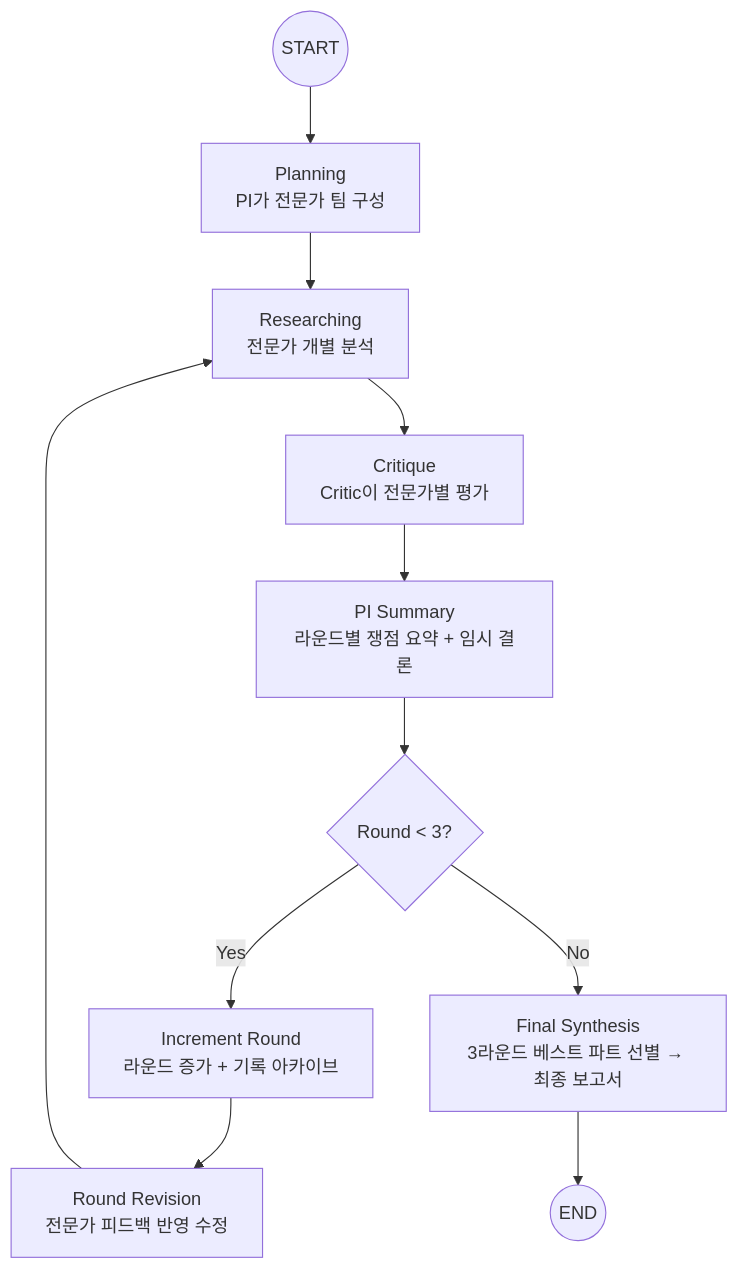
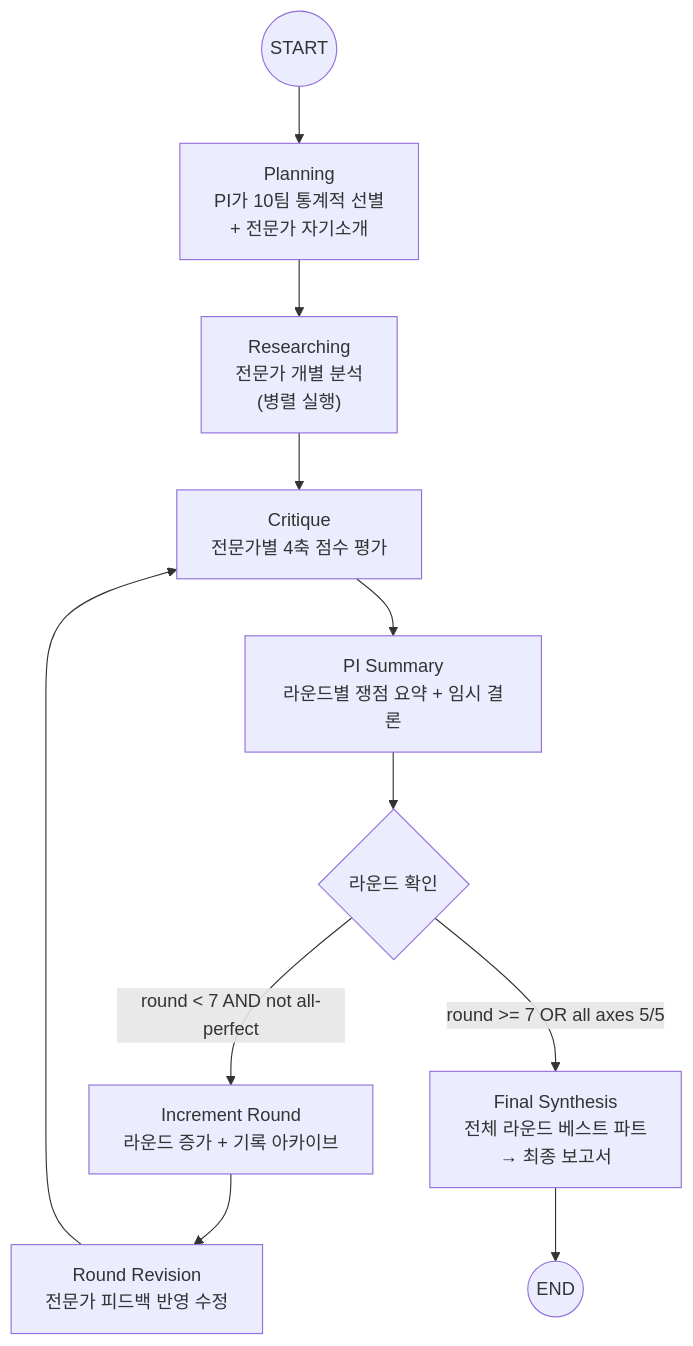
One commit to baesisi3648/pjt-virtual_lab changed the diagram in README.md. Above: the diagram before and after it, drawn with Mermaid. The commit also changed other lines of this file and 1 other file, not shown here.

````diff
--- a/README.md
+++ b/README.md
@@ -28,24 +30,24 @@
 ```mermaid
 graph TD
     START((START)) --> planning
 
-    planning["Planning<br/>PI가 전문가 팀 구성"]
-    researching["Researching<br/>전문가 개별 분석"]
-    critique["Critique<br/>Critic이 전문가별 평가"]
+    planning["Planning<br/>PI가 10팀 통계적 선별<br/>+ 전문가 자기소개"]
+    researching["Researching<br/>전문가 개별 분석<br/>(병렬 실행)"]
+    critique["Critique<br/>전문가별 4축 점수 평가"]
     pi_summary["PI Summary<br/>라운드별 쟁점 요약 + 임시 결론"]
-    check_round{"Round < 3?"}
+    check_round{"라운드 확인"}
     increment_round["Increment Round<br/>라운드 증가 + 기록 아카이브"]
     round_revision["Round Revision<br/>전문가 피드백 반영 수정"]
-    final_synthesis["Final Synthesis<br/>3라운드 베스트 파트 선별 → 최종 보고서"]
+    final_synthesis["Final Synthesis<br/>전체 라운드 베스트 파트<br/>→ 최종 보고서"]
     END((END))
 
     planning --> researching
     researching --> critique
     critique --> pi_summary
     pi_summary --> check_round
-    check_round -- "Yes" --> increment_round
-    check_round -- "No" --> final_synthesis
+    check_round -- "round < 7 AND not all-perfect" --> increment_round
+    check_round -- "round >= 7 OR all axes 5/5" --> final_synthesis
     increment_round --> round_revision
-    round_revision --> researching
+    round_revision --> critique
     final_synthesis --> END
 ```
````
